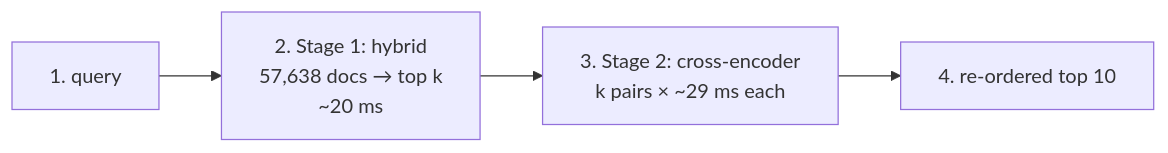
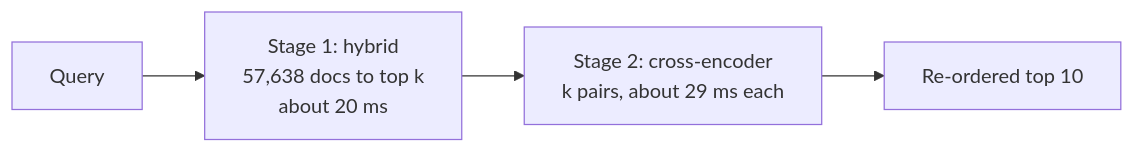
One commit to node31/fiqa-agentic-retrieval changed the second of 3 diagrams in docs/from_zero/05_hybrid_and_reranking.md. Above: the diagram before and after it, drawn with Mermaid. The commit also changed other lines of this file and 9 other files, not shown here.

````diff
--- a/docs/from_zero/05_hybrid_and_reranking.md
+++ b/docs/from_zero/05_hybrid_and_reranking.md
@@ -166,6 +118,6 @@
 ```mermaid
 flowchart LR
-    Q["1. query"] --> S1["2. Stage 1: hybrid<br/>57,638 docs → top k<br/>~20 ms"]
-    S1 --> S2["3. Stage 2: cross-encoder<br/>k pairs × ~29 ms each"]
-    S2 --> O["4. re-ordered top 10"]
+    Q["Query"] --> S1["Stage 1: hybrid<br/>57,638 docs to top k<br/>about 20 ms"]
+    S1 --> S2["Stage 2: cross-encoder<br/>k pairs, about 29 ms each"]
+    S2 --> O["Re-ordered top 10"]
 ```
````
